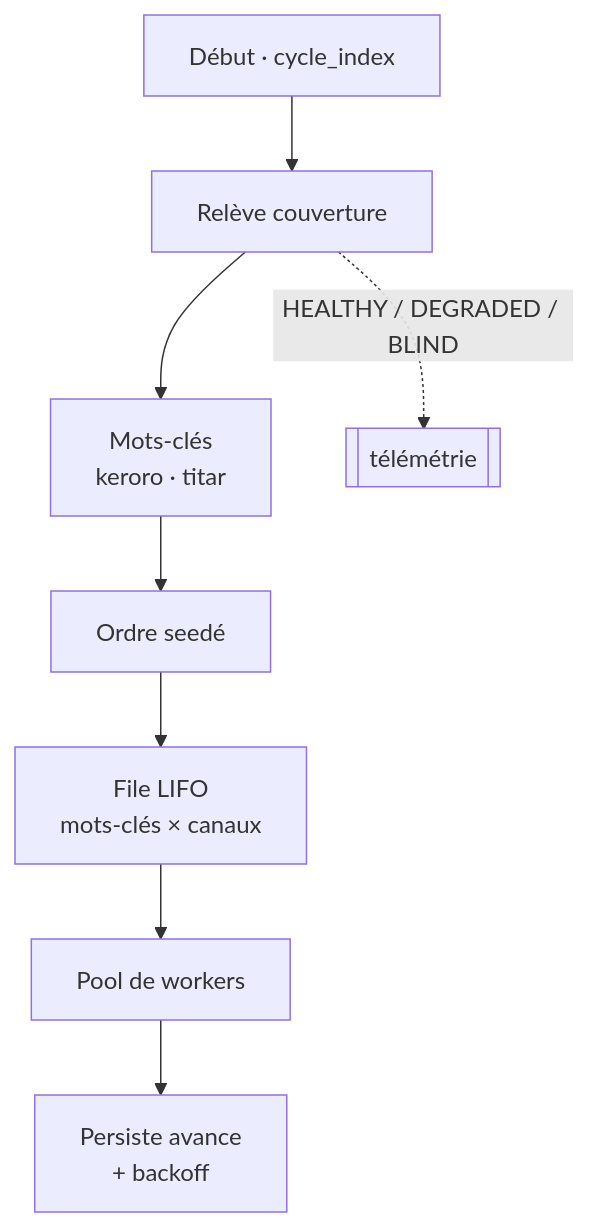
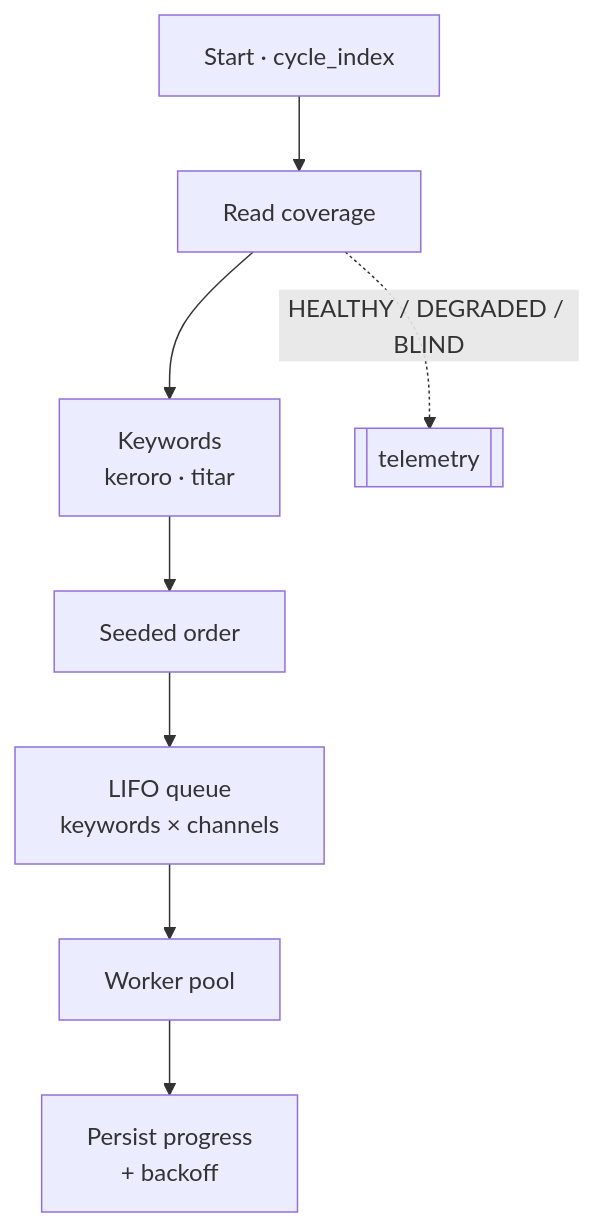
One commit to GeoffreyCoulaud/mulewatch changed the fifth of 10 diagrams in docs/architecture.md. Above: the diagram before and after it, drawn with Mermaid. The commit also changed other lines of this file and 14 other files, not shown here.

````diff
--- a/docs/architecture.md
+++ b/docs/architecture.md
@@ -127,13 +129,13 @@
 ```mermaid
 flowchart TD
-  start["Début · cycle_index"]
-  cov["Relève couverture"]
-  kw["Mots-clés<br/>keroro · titar"]
-  shuf["Ordre seedé"]
-  q["File LIFO<br/>mots-clés × canaux"]
-  pool["Pool de workers"]
-  persist["Persiste avance<br/>+ backoff"]
+  start["Start · cycle_index"]
+  cov["Read coverage"]
+  kw["Keywords<br/>keroro · titar"]
+  shuf["Seeded order"]
+  q["LIFO queue<br/>keywords × channels"]
+  pool["Worker pool"]
+  persist["Persist progress<br/>+ backoff"]
 
   start --> cov --> kw --> shuf --> q --> pool --> persist
-  cov -. "HEALTHY / DEGRADED / BLIND" .-> tel[["télémétrie"]]
+  cov -. "HEALTHY / DEGRADED / BLIND" .-> tel[["telemetry"]]
 ```
````
